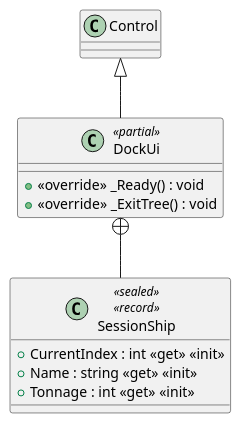
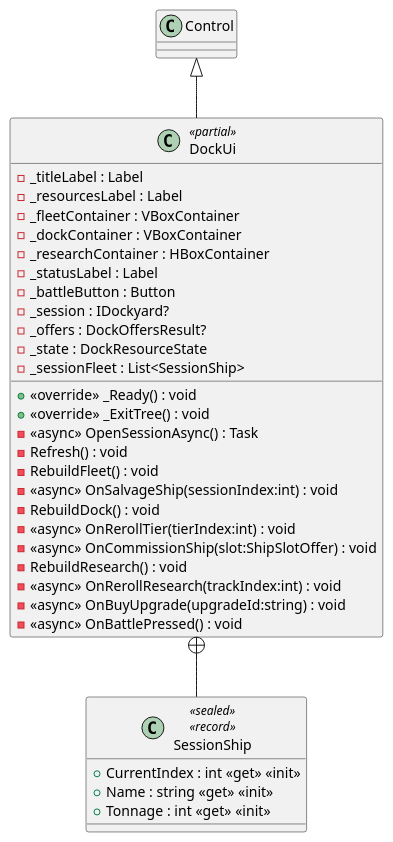
The diagram in diagrams/csharp/client/src/meta/DockUi.puml (Tai-trinh/skock), drawn with PlantUML before and after one commit. The commit also changed 50 other files, not shown here.

```diff
--- a/diagrams/csharp/client/src/meta/DockUi.puml
+++ b/diagrams/csharp/client/src/meta/DockUi.puml
@@ -1,13 +1,35 @@
 @startuml
 class DockUi <<partial>> {
+    - _titleLabel : Label
+    - _resourcesLabel : Label
+    - _fleetContainer : VBoxContainer
+    - _dockContainer : VBoxContainer
+    - _researchContainer : HBoxContainer
+    - _statusLabel : Label
+    - _battleButton : Button
+    - _session : IDockyard?
+    - _offers : DockOffersResult?
+    - _state : DockResourceState
+    - _sessionFleet : List<SessionShip>
     + <<override>> _Ready() : void
     + <<override>> _ExitTree() : void
+    - <<async>> OpenSessionAsync() : Task
+    - Refresh() : void
+    - RebuildFleet() : void
+    - <<async>> OnSalvageShip(sessionIndex:int) : void
+    - RebuildDock() : void
+    - <<async>> OnRerollTier(tierIndex:int) : void
+    - <<async>> OnCommissionShip(slot:ShipSlotOffer) : void
+    - RebuildResearch() : void
+    - <<async>> OnRerollResearch(trackIndex:int) : void
+    - <<async>> OnBuyUpgrade(upgradeId:string) : void
+    - <<async>> OnBattlePressed() : void
 }
 class SessionShip <<sealed>> <<record>> {
     + CurrentIndex : int <<get>> <<init>>
     + Name : string <<get>> <<init>>
     + Tonnage : int <<get>> <<init>>
 }
 Control <|-- DockUi
 DockUi +-- SessionShip
 @enduml
```
